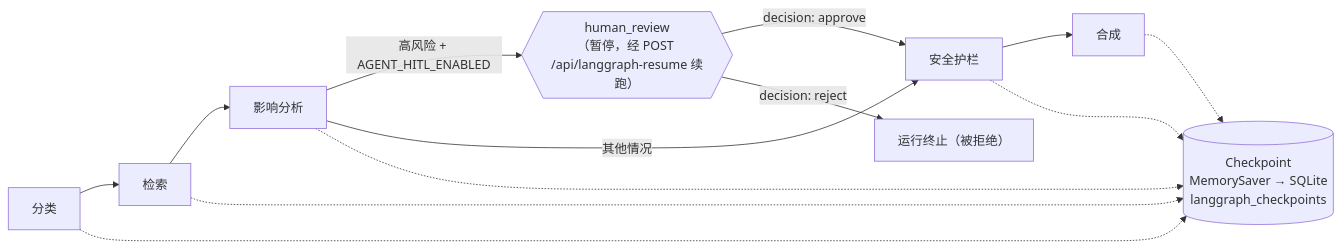
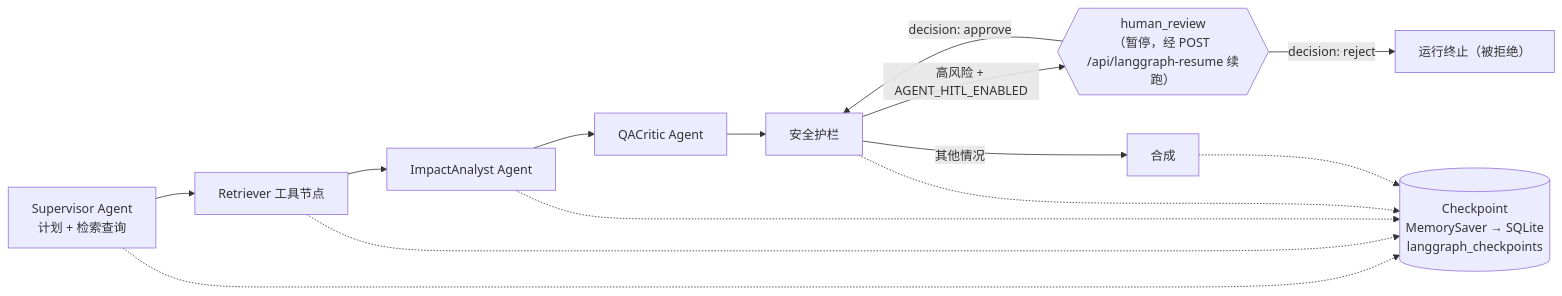
The second of 2 diagrams in README.zh-CN.md (yuk1no4090/Repomentor), drawn with Mermaid before and after one commit. The commit also changed other lines of this file and 24 other files, not shown here.

````diff
--- a/README.zh-CN.md
+++ b/README.zh-CN.md
@@ -74,17 +75,18 @@
 ```mermaid
 flowchart LR
-    Classify["分类"] --> Retrieve["检索"]
-    Retrieve --> Impact["影响分析"]
-    Impact -->|"高风险 + AGENT_HITL_ENABLED"| HITL{{"human_review<br/>（暂停，经 POST /api/langgraph-resume 续跑）"}}
-    Impact -->|"其他情况"| Guardrails["安全护栏"]
+    Supervisor["Supervisor Agent<br/>计划 + 检索查询"] --> Retrieve["Retriever 工具节点"]
+    Retrieve --> Impact["ImpactAnalyst Agent"]
+    Impact --> Critic["QACritic Agent"]
+    Critic --> Guardrails["安全护栏"]
+    Guardrails -->|"高风险 + AGENT_HITL_ENABLED"| HITL{{"human_review<br/>（暂停，经 POST /api/langgraph-resume 续跑）"}}
+    Guardrails -->|"其他情况"| Synthesize["合成"]
     HITL -->|"decision: approve"| Guardrails
     HITL -->|"decision: reject"| Stop["运行终止（被拒绝）"]
-    Guardrails --> Synthesize["合成"]
 
     CP[("Checkpoint<br/>MemorySaver → SQLite<br/>langgraph_checkpoints")]
-    Classify -.-> CP
+    Supervisor -.-> CP
     Retrieve -.-> CP
     Impact -.-> CP
     Guardrails -.-> CP
     Synthesize -.-> CP
 ```
````
